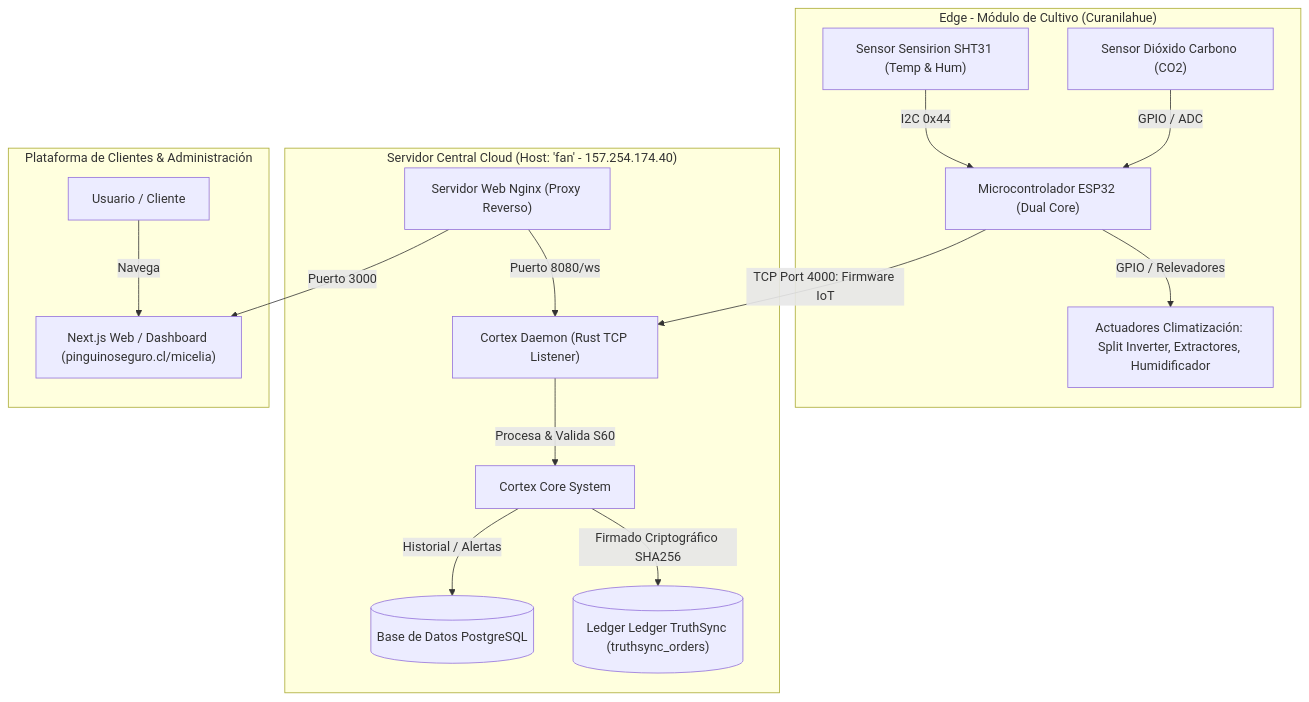
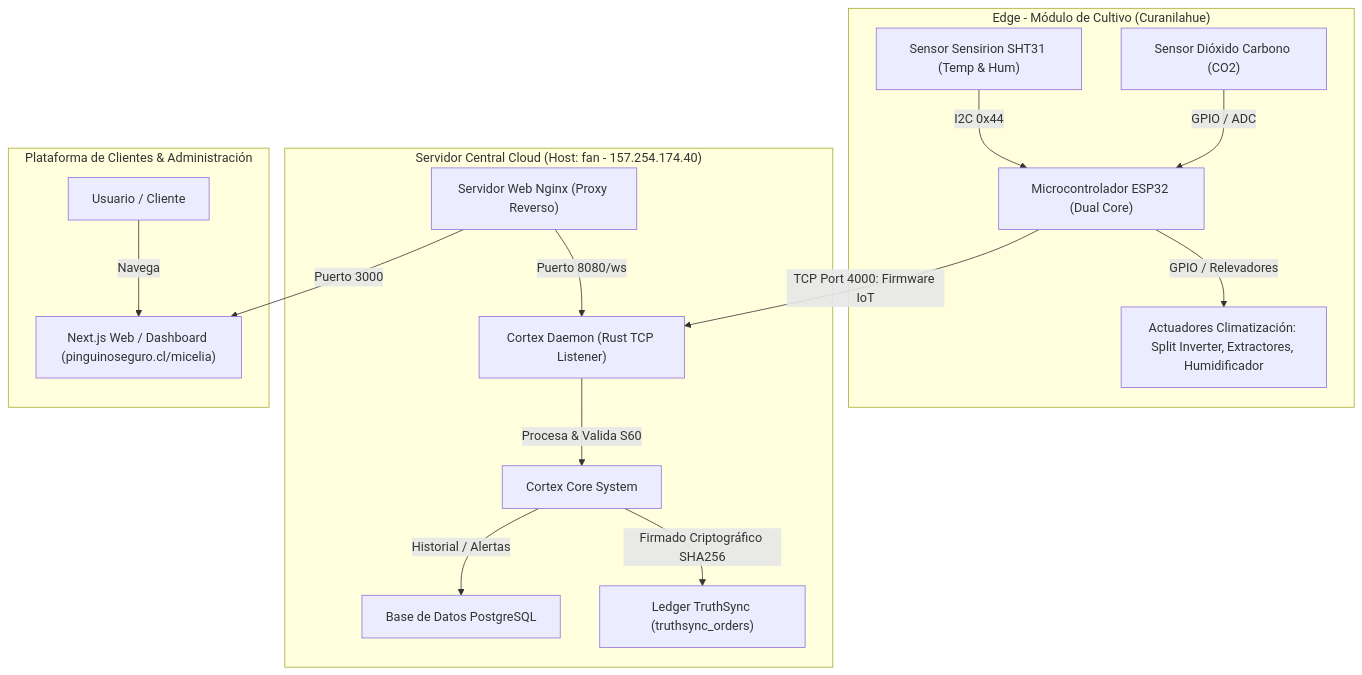
The first of 5 diagrams in Documentos Micelia/dossier_tecnico_micelia.md (jenovoas/micellia), drawn with Mermaid before and after one commit. The commit also changed other lines of this file, not shown here.

Commit message:
Fix Mermaid syntax formatting in technical dossier for compatibility

````diff
--- a/Documentos Micelia/dossier_tecnico_micelia.md
+++ b/Documentos Micelia/dossier_tecnico_micelia.md
@@ -25,22 +25,22 @@
 ```mermaid
 graph TD
     subgraph "Edge - Módulo de Cultivo (Curanilahue)"
         S1["Sensor Sensirion SHT31 (Temp & Hum)"] -->|I2C 0x44| ESP32["Microcontrolador ESP32 (Dual Core)"]
         S2["Sensor Dióxido Carbono (CO2)"] -->|GPIO / ADC| ESP32
         ESP32 -->|GPIO / Relevadores| Actuadores["Actuadores Climatización: Split Inverter, Extractores, Humidificador"]
     end
 
-    subgraph "Servidor Central Cloud (Host: 'fan' - 157.254.174.40)"
+    subgraph "Servidor Central Cloud (Host: fan - 157.254.174.40)"
         ESP32 -->|TCP Port 4000: Firmware IoT| Daemon["Cortex Daemon (Rust TCP Listener)"]
         Daemon -->|Procesa & Valida S60| Core["Cortex Core System"]
-        Core -->|Historial / Alertas| DB[("Base de Datos PostgreSQL")]
-        Core -->|Firmado Criptográfico SHA256| TS[("Ledger Ledger TruthSync (truthsync_orders)")]
+        Core -->|Historial / Alertas| DB["Base de Datos PostgreSQL"]
+        Core -->|Firmado Criptográfico SHA256| TS["Ledger TruthSync (truthsync_orders)"]
         
         Nginx["Servidor Web Nginx (Proxy Reverso)"] -->|Puerto 8080/ws| Daemon
     end
 
     subgraph "Plataforma de Clientes & Administración"
         Nginx -->|Puerto 3000| Web["Next.js Web / Dashboard (pinguinoseguro.cl/micelia)"]
         Client["Usuario / Cliente"] -->|Navega| Web
     end
 ```
````
